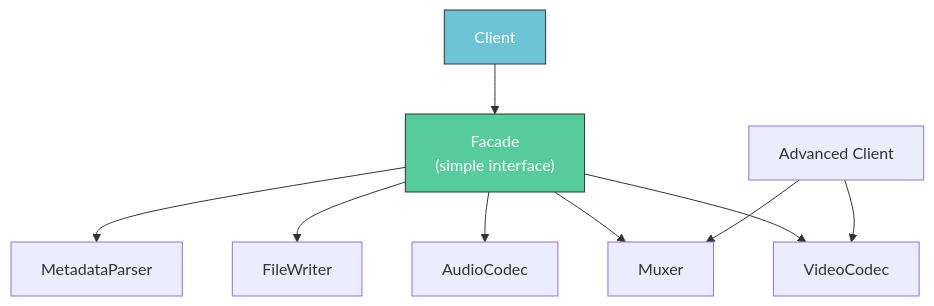
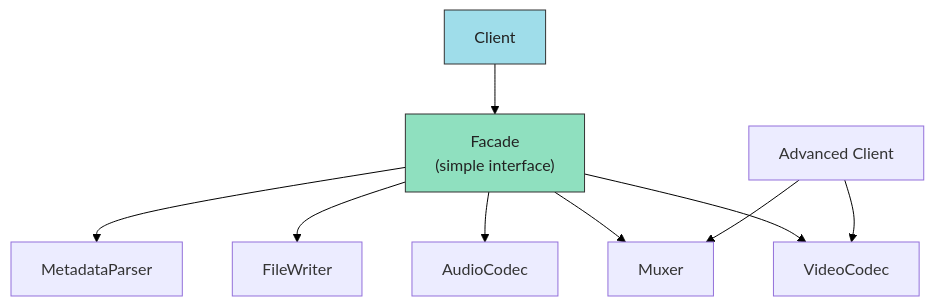
The fifth of 10 diagrams in posts/design-pattern/Design-Pattern-Interview-QA-2.qmd (tanquangduong/tanquangduong.github.io), drawn with Mermaid before and after one commit. The commit also changed other lines of this file and 204 other files, not shown here.

````diff
--- a/posts/design-pattern/Design-Pattern-Interview-QA-2.qmd
+++ b/posts/design-pattern/Design-Pattern-Interview-QA-2.qmd
@@ -704,17 +708,18 @@
 ```{mermaid}
 graph TD
+    linkStyle default stroke:#000,color:#000
     CLIENT["Client"]
     CLIENT --> FACADE["Facade<br/>(simple interface)"]
     FACADE --> S1["VideoCodec"]
     FACADE --> S2["AudioCodec"]
     FACADE --> S3["Muxer"]
     FACADE --> S4["FileWriter"]
     FACADE --> S5["MetadataParser"]
 
     CLIENT2["Advanced Client"]
     CLIENT2 --> S1
     CLIENT2 --> S3
 
-    style FACADE fill:#56cc9d,stroke:#333,color:#fff
-    style CLIENT fill:#6cc3d5,stroke:#333,color:#fff
+    style FACADE fill:#8fe0bf,stroke:#333,color:#222
+    style CLIENT fill:#9fddea,stroke:#333,color:#222
 ```
````
